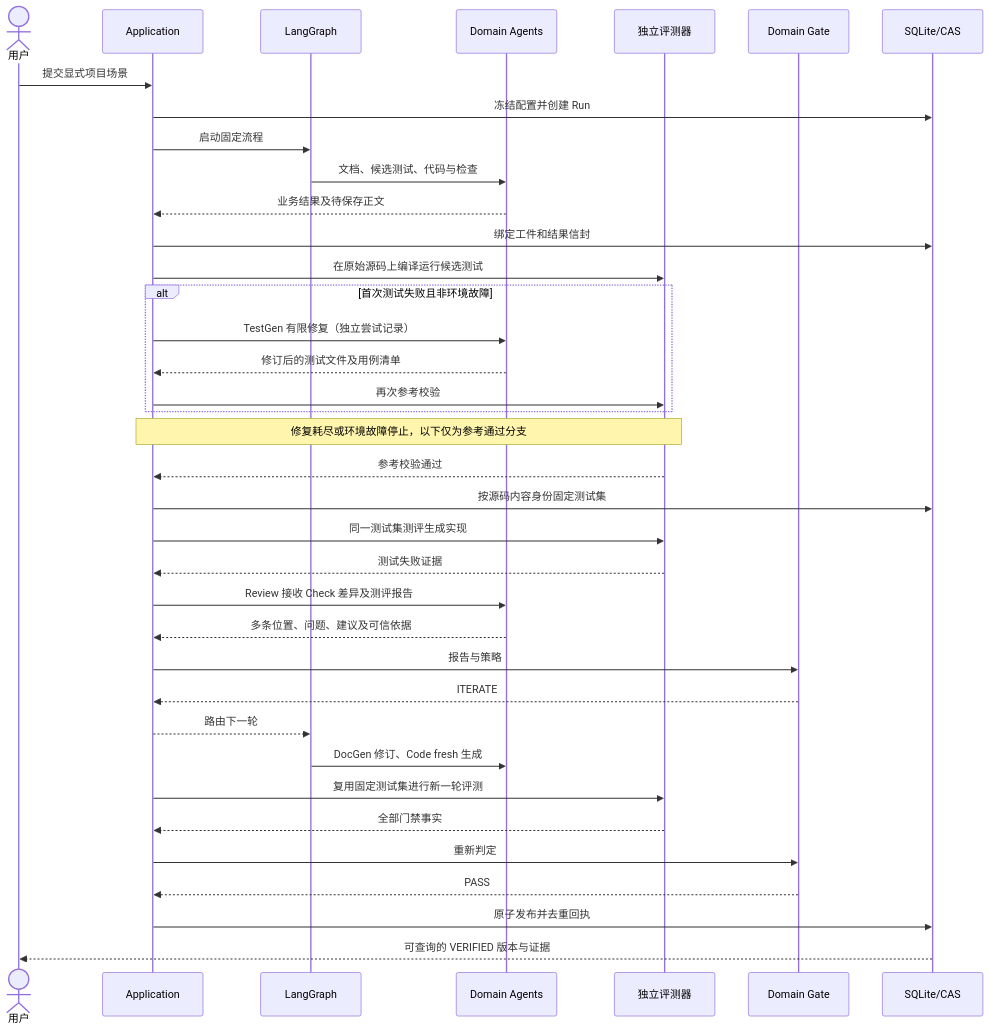
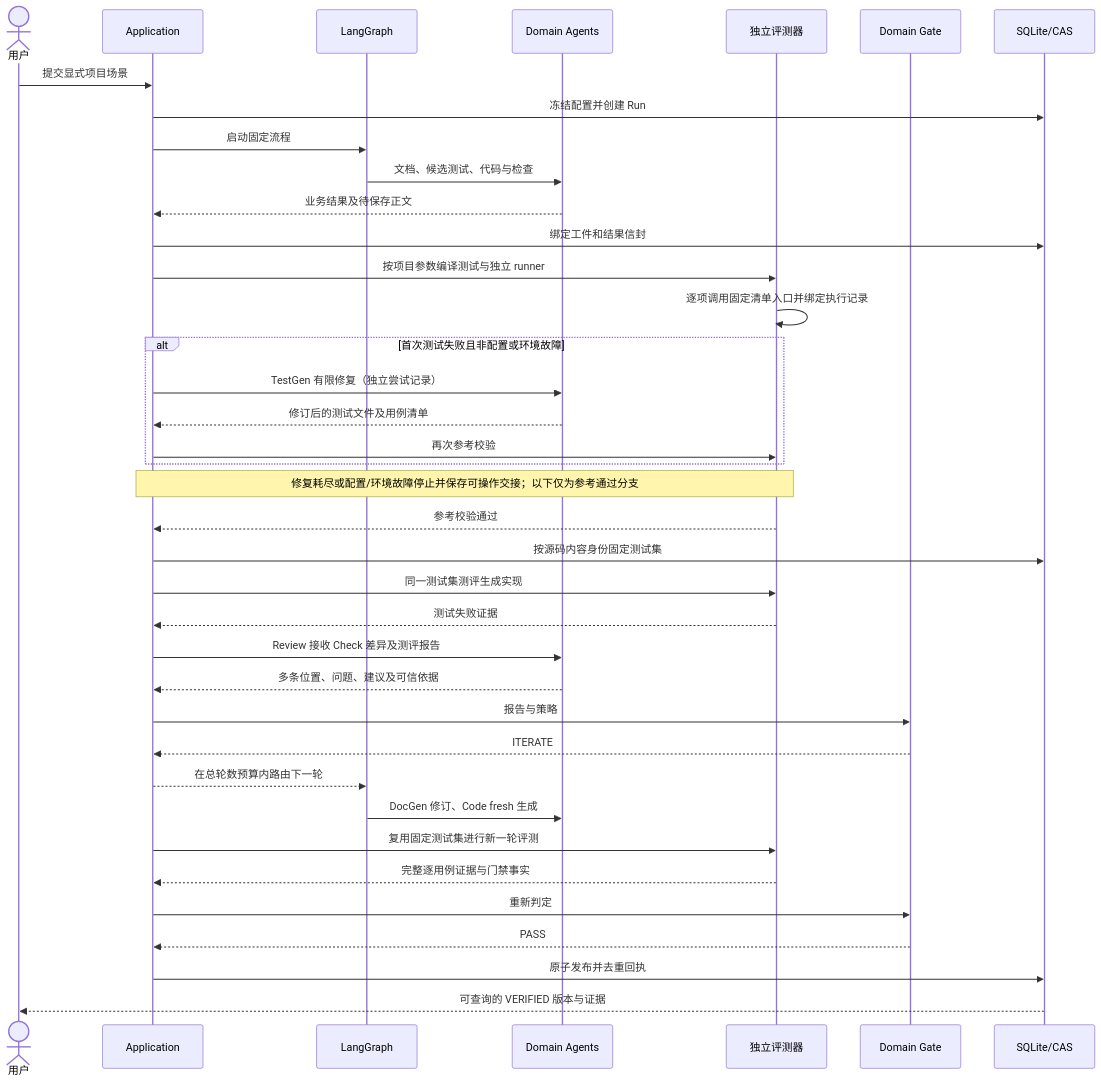
One commit to linlisWorkTeam/domain-knowledge changed the fifth of 7 diagrams in docs/diagrams/Views4Plus1.md. Above: the diagram before and after it, drawn with Mermaid. The commit also changed 3 other files, not shown here.

````diff
--- a/docs/diagrams/Views4Plus1.md
+++ b/docs/diagrams/Views4Plus1.md
@@ -91,39 +91,40 @@
 ```mermaid
 sequenceDiagram
   actor U as 用户
   participant A as Application
   participant G as LangGraph
   participant R as Domain Agents
   participant E as 独立评测器
   participant D as Domain Gate
   participant S as SQLite/CAS
   U->>A: 提交显式项目场景
   A->>S: 冻结配置并创建 Run
   A->>G: 启动固定流程
   G->>R: 文档、候选测试、代码与检查
   R-->>A: 业务结果及待保存正文
   A->>S: 绑定工件和结果信封
-  A->>E: 在原始源码上编译运行候选测试
-  alt 首次测试失败且非环境故障
+  A->>E: 按项目参数编译测试与独立 runner
+  E->>E: 逐项调用固定清单入口并绑定执行记录
+  alt 首次测试失败且非配置或环境故障
     A->>R: TestGen 有限修复（独立尝试记录）
     R-->>A: 修订后的测试文件及用例清单
     A->>E: 再次参考校验
   end
-  Note over A,E: 修复耗尽或环境故障停止，以下仅为参考通过分支
+  Note over A,E: 修复耗尽或配置/环境故障停止并保存可操作交接；以下仅为参考通过分支
   E-->>A: 参考校验通过
   A->>S: 按源码内容身份固定测试集
   A->>E: 同一测试集测评生成实现
   E-->>A: 测试失败证据
   A->>R: Review 接收 Check 差异及测评报告
   R-->>A: 多条位置、问题、建议及可信依据
   A->>D: 报告与策略
   D-->>A: ITERATE
-  A-->>G: 路由下一轮
+  A-->>G: 在总轮数预算内路由下一轮
   G->>R: DocGen 修订、Code fresh 生成
   A->>E: 复用固定测试集进行新一轮评测
-  E-->>A: 全部门禁事实
+  E-->>A: 完整逐用例证据与门禁事实
   A->>D: 重新判定
   D-->>A: PASS
   A->>S: 原子发布并去重回执
   S-->>U: 可查询的 VERIFIED 版本与证据
 ```
````
